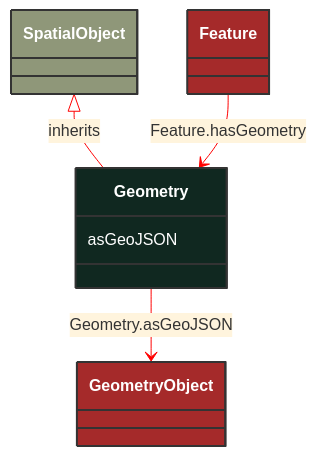
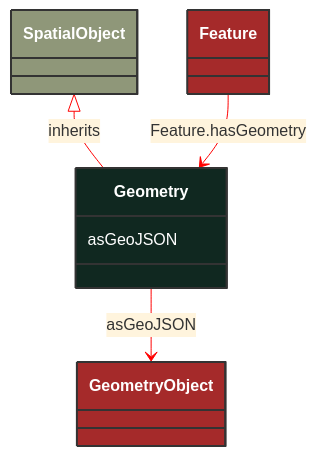
Before and after one commit to 3lbits/NoCIMExtensions: the diagram in docs/Models/Profiles/GridCapacity/ConcreteClasses/Geometry.md, drawn with Mermaid. The commit also changed 248 other files, not shown here.

````diff
--- a/docs/Models/Profiles/GridCapacity/ConcreteClasses/Geometry.md
+++ b/docs/Models/Profiles/GridCapacity/ConcreteClasses/Geometry.md
@@ -8,26 +8,26 @@
 ```mermaid
 %%{init: {'theme':'base','themeVariables': {'lineColor': '#FF0000'}}}%%
 classDiagram
     class Geometry
     click Geometry href "/Models/Profiles/GridCapacity/ConcreteClasses/Geometry/"
     style Geometry fill:#102820,stroke:#333,stroke-width:2px,rx:10,ry:10,color:white
      
         SpatialObject <|-- Geometry : inherits
             click SpatialObject href "/Models/Profiles/GridCapacity/ConcreteClasses/SpatialObject/"
             style SpatialObject fill:#8F9779,stroke:#333,stroke-width:2px,rx:10,ry:10,color:white
 
-        Geometry --> GeometryObject : Geometry.asGeoJSON
+        Geometry --> GeometryObject : asGeoJSON
 
         GeometryObject
             click GeometryObject href "/Models/Profiles/GridCapacity/ConcreteClasses/GeometryObject/"
             style GeometryObject fill:#A52A2A,stroke:#333,stroke-width:2px,rx:10,ry:10,color:white
 
         Feature --> Geometry : Feature.hasGeometry
 
         Feature
             click Feature href "/Models/Profiles/GridCapacity/ConcreteClasses/Feature/"
             style Feature fill:#A52A2A,stroke:#333,stroke-width:2px,rx:10,ry:10,color:white
 
 
         Geometry : asGeoJSON
 ```
````
